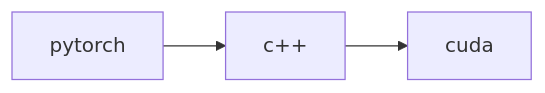
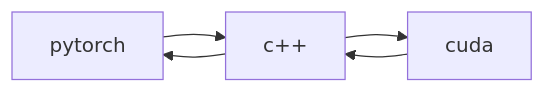
One commit to fusheng-ji/acc_pytorch_with_cuda changed the first of 2 diagrams in README.md. Above: the diagram before and after it, drawn with Mermaid. The commit also changed other lines of this file, not shown here.

````diff
--- a/README.md
+++ b/README.md
@@ -25,5 +23,5 @@
 ```mermaid
 graph LR
 1[pytorch]-->2[c++]-->3[cuda]
-
+3-->2-->1
 ```
````
